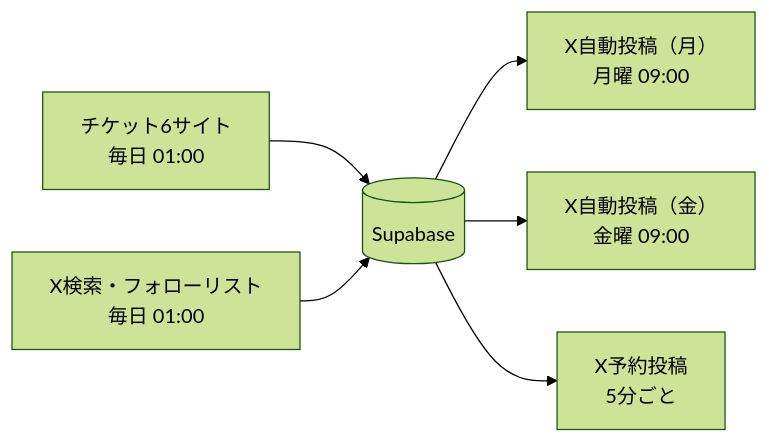
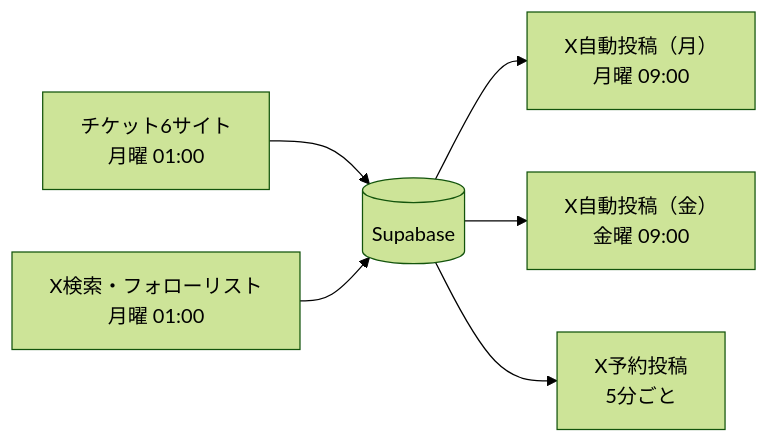
Before and after one commit to katarue/minstrel: the diagram in docs/operations.md, drawn with Mermaid (forest theme). The commit also changed other lines of this file and 10 other files, not shown here.

````diff
--- a/docs/operations.md
+++ b/docs/operations.md
@@ -109,14 +109,14 @@
 ```mermaid
 flowchart LR
     DB[(Supabase)]
     collectflow["チケット6サイト
-毎日 01:00"] --> DB
+月曜 01:00"] --> DB
     collectxflow["X検索・フォローリスト
-毎日 01:00"] --> DB
+月曜 01:00"] --> DB
     DB --> postmondayflow["X自動投稿（月）
 月曜 09:00"]
     DB --> postfridayflow["X自動投稿（金）
 金曜 09:00"]
     DB --> postscheduledflow["X予約投稿
 5分ごと "]
 ```
````
